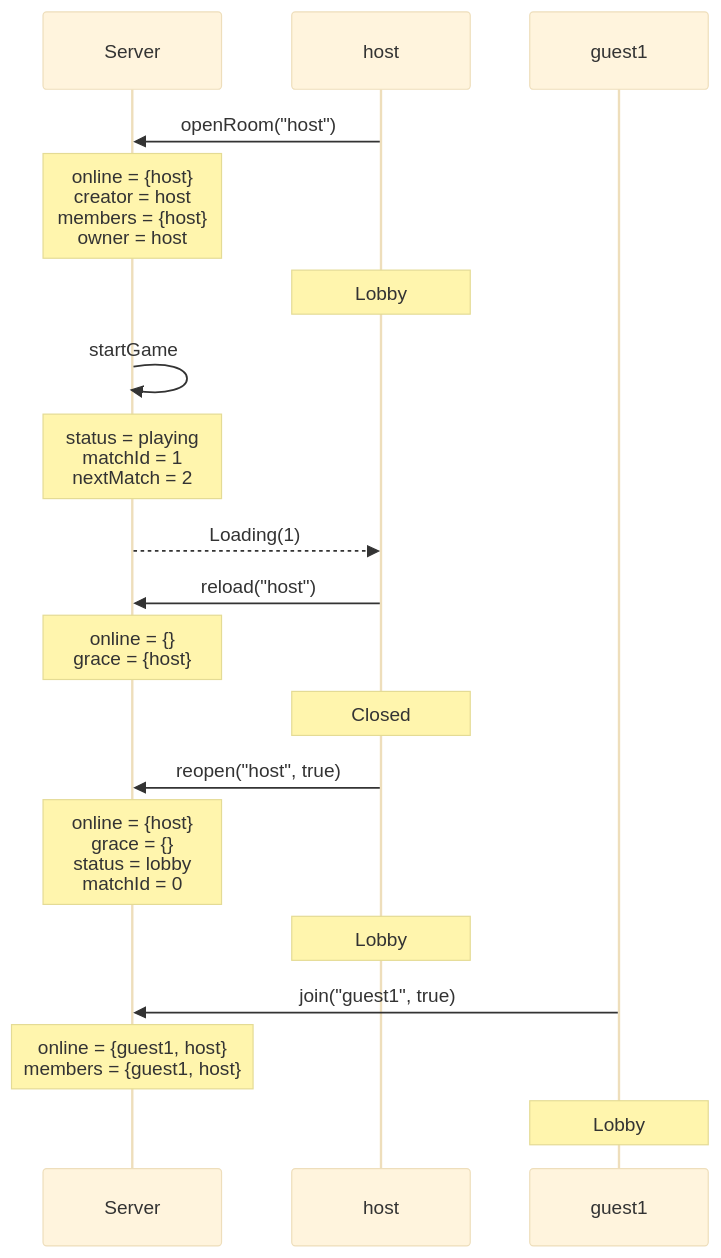
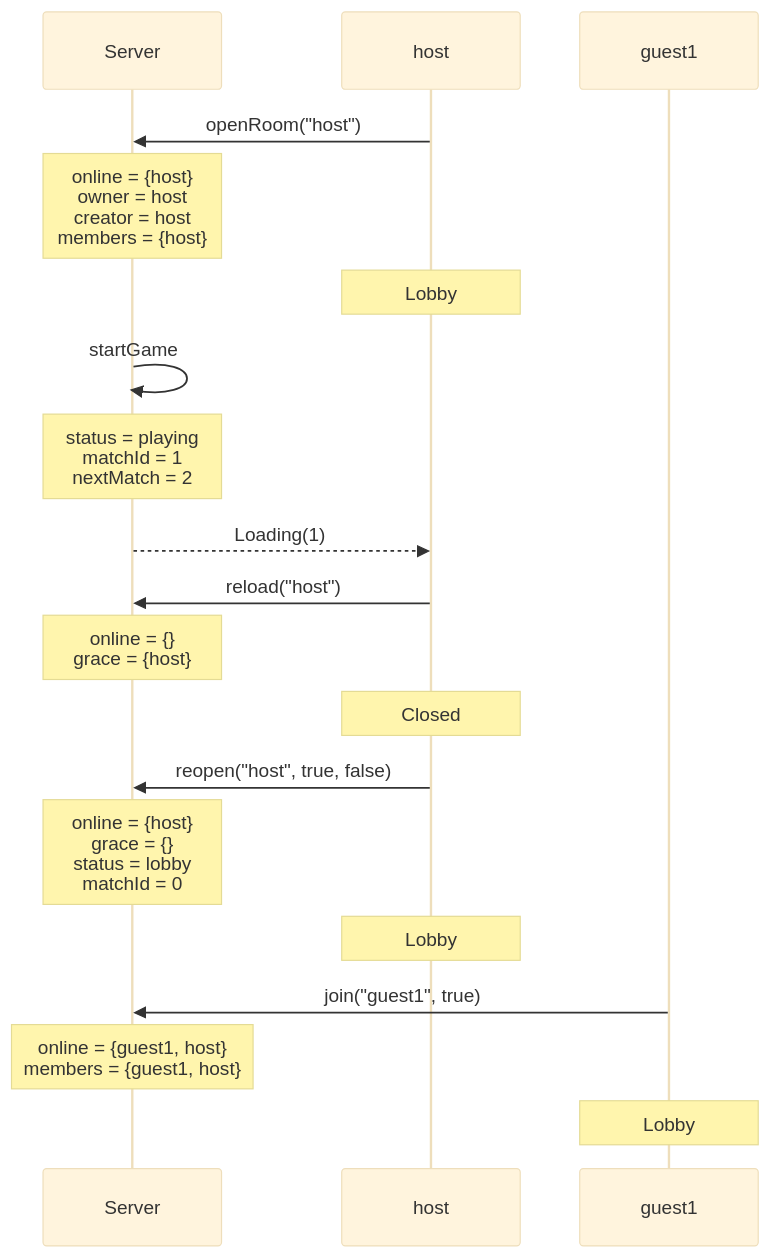
The fourth of 32 diagrams in docs/spec-traces.md (kwilson21/kaillera-next), drawn with Mermaid (base theme) before and after one commit. The commit also changed other lines of this file and 49 other files, not shown here.

````diff
--- a/docs/spec-traces.md
+++ b/docs/spec-traces.md
@@ -50,21 +50,21 @@
 ```mermaid
 sequenceDiagram
   participant Server
   participant host
   participant guest1
   host->>Server: openRoom("host")
-  Note over Server: online = {host}<br/>creator = host<br/>members = {host}<br/>owner = host
+  Note over Server: online = {host}<br/>owner = host<br/>creator = host<br/>members = {host}
   Note over host: Lobby
   Server->>Server: startGame
   Note over Server: status = playing<br/>matchId = 1<br/>nextMatch = 2
   Server-->>host: Loading(1)
   host->>Server: reload("host")
   Note over Server: online = {}<br/>grace = {host}
   Note over host: Closed
-  host->>Server: reopen("host", true)
+  host->>Server: reopen("host", true, false)
   Note over Server: online = {host}<br/>grace = {}<br/>status = lobby<br/>matchId = 0
   Note over host: Lobby
   guest1->>Server: join("guest1", true)
   Note over Server: online = {guest1, host}<br/>members = {guest1, host}
   Note over guest1: Lobby
 ```
````
